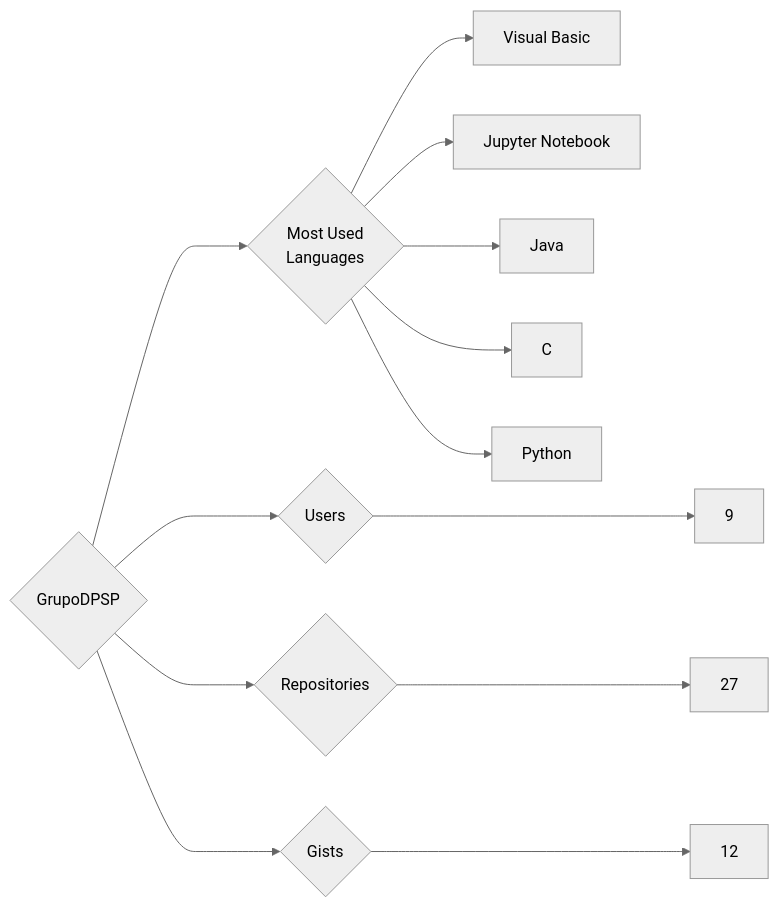
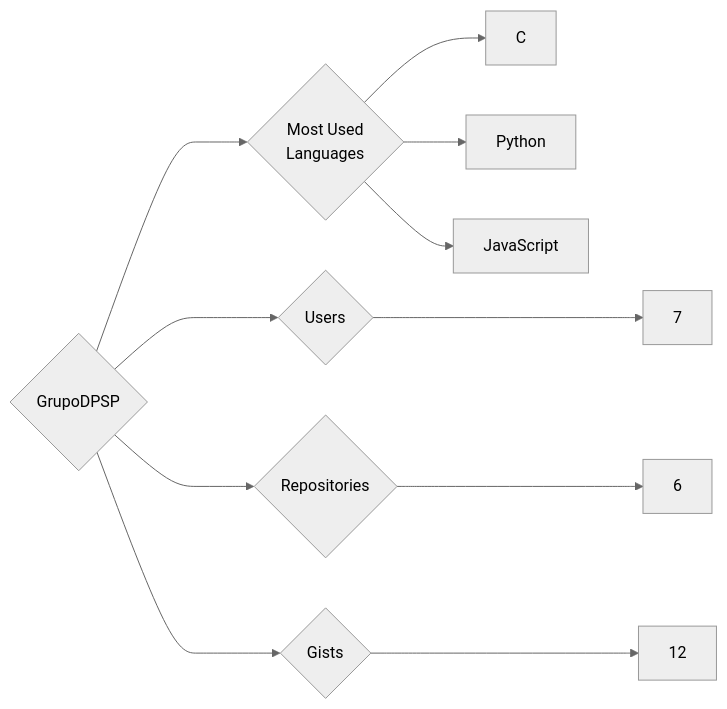
The diagram in targets/GrupoDPSP/README.md (trickest/insiders), drawn with Mermaid (neutral theme) before and after one commit. The commit also changed 933 other files, not shown here.

````diff
--- a/targets/GrupoDPSP/README.md
+++ b/targets/GrupoDPSP/README.md
@@ -3,13 +3,11 @@
 ```mermaid
 graph LR
 COMPANY_NAME{GrupoDPSP}
-COMPANY_NAME ---> U{Users} ---> UN[9]
-COMPANY_NAME ---> R{Repositories} ---> RN[27]
+COMPANY_NAME ---> U{Users} ---> UN[7]
+COMPANY_NAME ---> R{Repositories} ---> RN[6]
 COMPANY_NAME ---> G{Gists} ---> GN[12]
 COMPANY_NAME ---> ML{Most Used<br>Languages}
-ML --> Visual_Basic[Visual Basic]
-ML --> Jupyter_Notebook[Jupyter Notebook]
-ML --> Java[Java]
 ML --> C[C]
 ML --> Python[Python]
+ML --> JavaScript[JavaScript]
 ```
````
